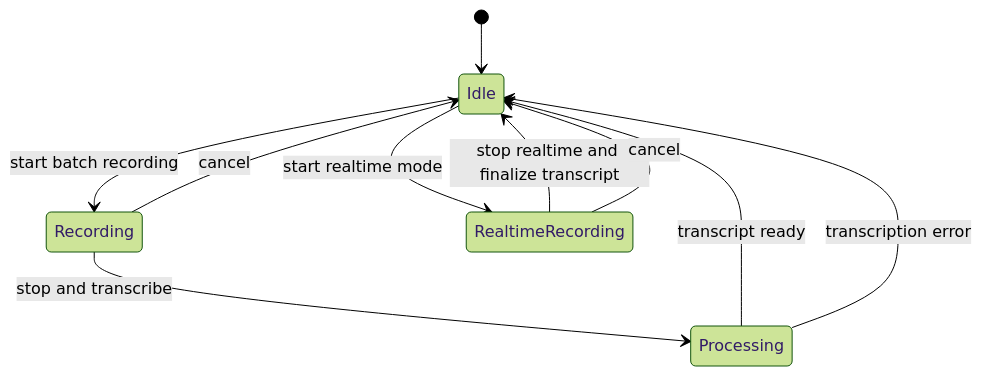
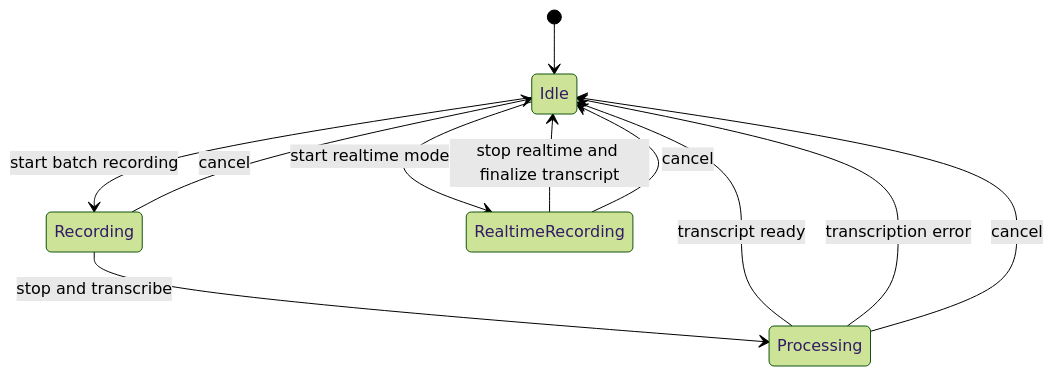
One commit to matthiasn/lotti changed the fourth of 6 diagrams in lib/features/ai_chat/README.md. Above: the diagram before and after it, drawn with Mermaid (forest theme). The commit also changed other lines of this file and 43 other files, not shown here.

````diff
--- a/lib/features/ai_chat/README.md
+++ b/lib/features/ai_chat/README.md
@@ -230,12 +236,13 @@
 ```mermaid
 stateDiagram-v2
   [*] --> Idle
   Idle --> Recording: start batch recording
   Idle --> RealtimeRecording: start realtime mode
   Recording --> Processing: stop and transcribe
   Recording --> Idle: cancel
   RealtimeRecording --> Idle: stop realtime and finalize transcript
   RealtimeRecording --> Idle: cancel
   Processing --> Idle: transcript ready
   Processing --> Idle: transcription error
+  Processing --> Idle: cancel
 ```
````
